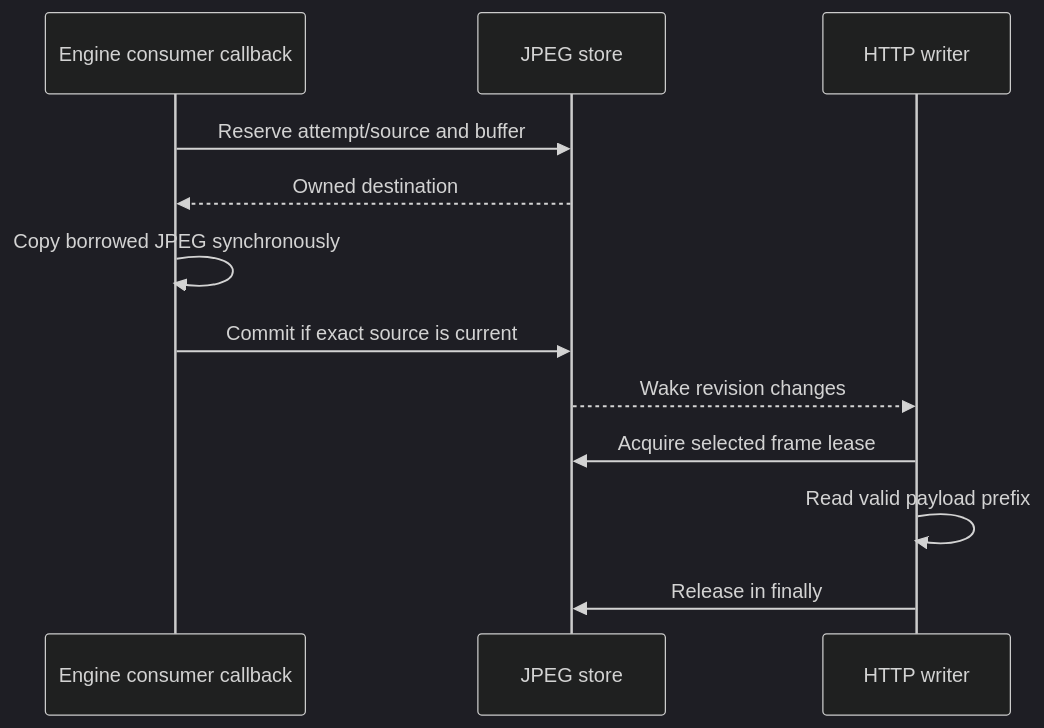
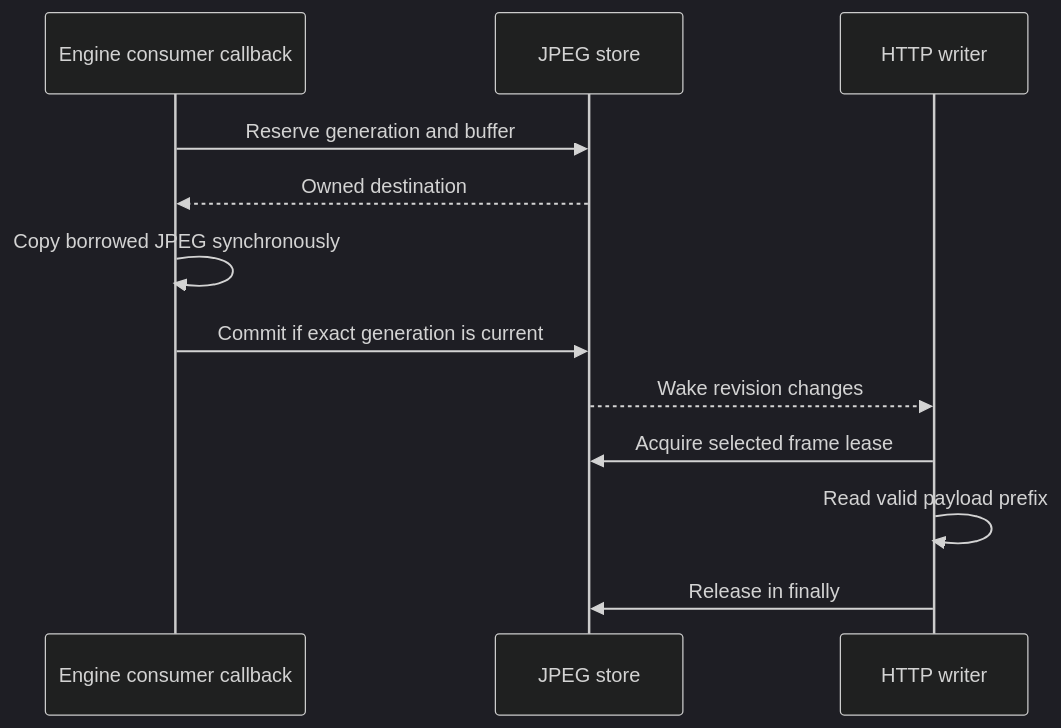
Before and after one commit to dkrivoruchko/ScreenStream: the diagram in mjpeg2/internal/03-delivery/jpeg-delivery.md, drawn with Mermaid (dark theme). The commit also changed other lines of this file and 108 other files, not shown here.

````diff
--- a/mjpeg2/internal/03-delivery/jpeg-delivery.md
+++ b/mjpeg2/internal/03-delivery/jpeg-delivery.md
@@ -23,14 +23,14 @@
 ```mermaid
 sequenceDiagram
     participant E as Engine consumer callback
     participant S as JPEG store
     participant W as HTTP writer
-    E->>S: Reserve attempt/source and buffer
+    E->>S: Reserve generation and buffer
     S-->>E: Owned destination
     E->>E: Copy borrowed JPEG synchronously
-    E->>S: Commit if exact source is current
+    E->>S: Commit if exact generation is current
     S-->>W: Wake revision changes
     W->>S: Acquire selected frame lease
     W->>W: Read valid payload prefix
     W->>S: Release in finally
 ```
````
